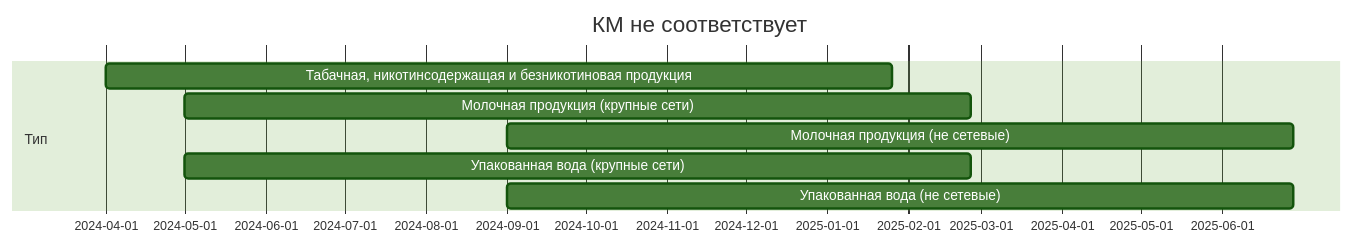
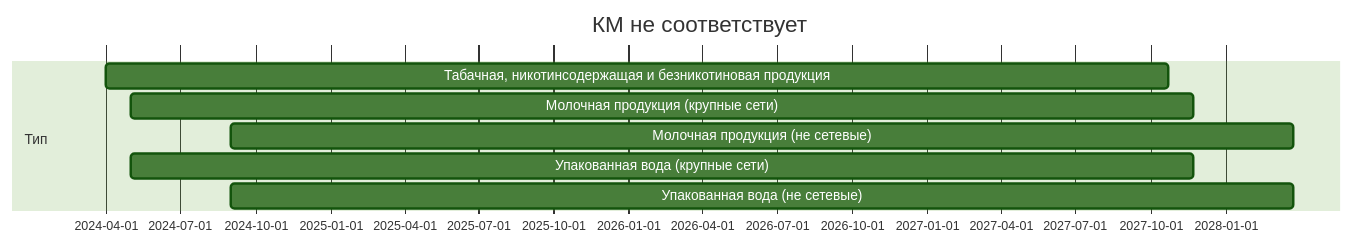
The seventh of 7 diagrams in imark/ppr1944.md (itidasoft/wiki), drawn with Mermaid (forest theme) before and after one commit. The commit also changed other lines of this file, not shown here.

````diff
--- a/imark/ppr1944.md
+++ b/imark/ppr1944.md
@@ -263,12 +263,12 @@
 ```mermaid
 gantt
 	title КМ не соответствует
   dateFormat DD-MM-YYYY
   section Тип
-  	Табачная, никотинсодержащая и безникотиновая продукция          :a1, 01-04-2024, 300d
-    Молочная продукция (крупные сети)    :a2, 01-05-2024, 300d
-    Молочная продукция (не сетевые)    :a3, 01-09-2024, 300d
-    Упакованная вода (крупные сети)   :a4, 01-05-2024, 300d
-    Упакованная вода (не сетевые)   :a5, 01-09-2024, 300d
+  	Табачная, никотинсодержащая и безникотиновая продукция          :a1, 01-04-2024, 1300d
+    Молочная продукция (крупные сети)    :a2, 01-05-2024, 1300d
+    Молочная продукция (не сетевые)    :a3, 01-09-2024, 1300d
+    Упакованная вода (крупные сети)   :a4, 01-05-2024, 1300d
+    Упакованная вода (не сетевые)   :a5, 01-09-2024, 1300d
     
 ```
````
